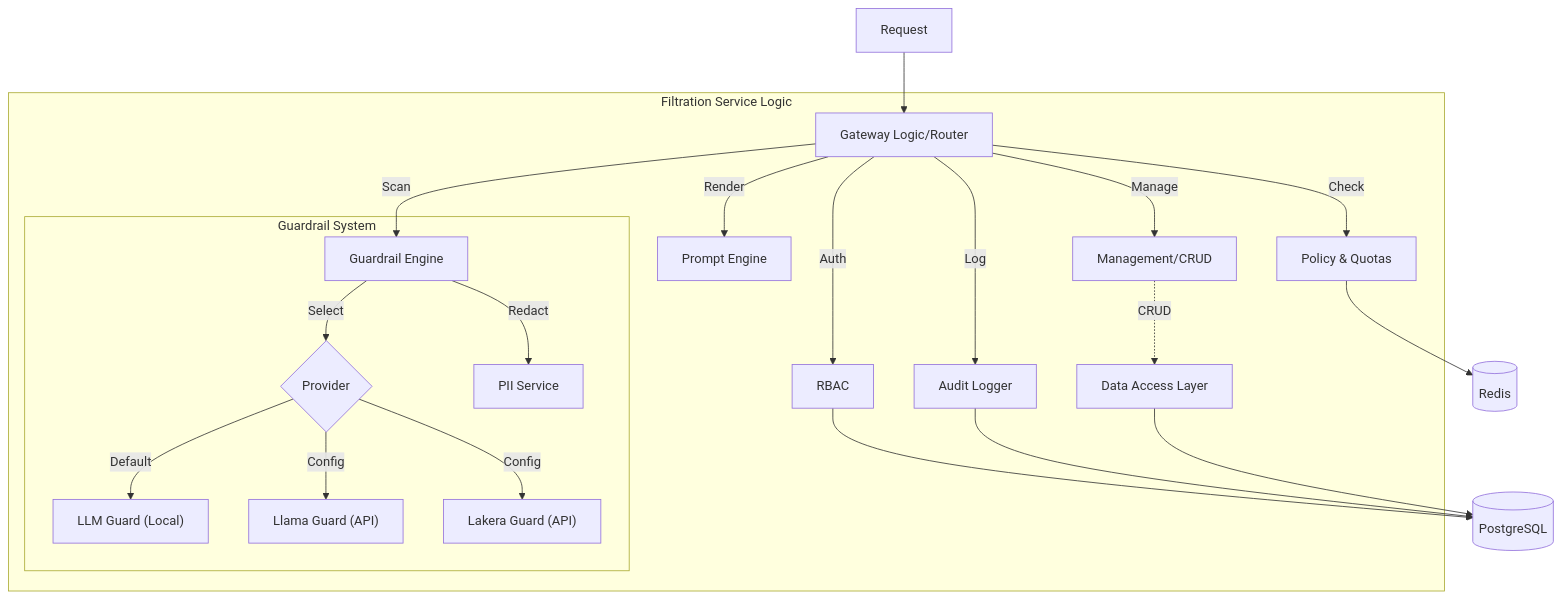
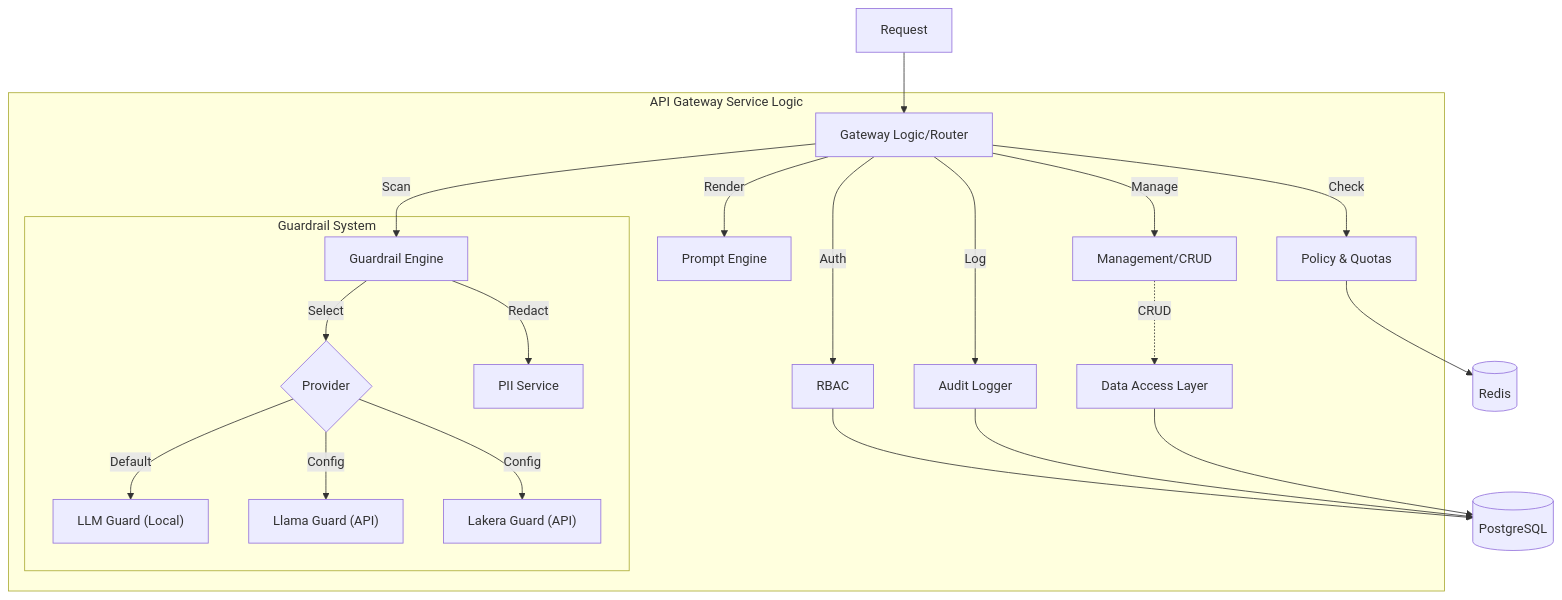
Before and after one commit to InferiaAI/InferiaLLM: the diagram in package/src/inferia/services/api_gateway/README.md, drawn with Mermaid. The commit also changed other lines of this file and 7 other files, not shown here.

````diff
--- a/package/src/inferia/services/api_gateway/README.md
+++ b/package/src/inferia/services/api_gateway/README.md
@@ -9,37 +9,37 @@
 ```mermaid
 graph TD
     Request --> Gateway
     
-    subgraph "Filtration Service Logic"
+    subgraph "API Gateway Service Logic"
         Gateway[Gateway Logic/Router]
         
         %% Core Security
         Gateway -->|Auth| RBAC[RBAC]
         Gateway -->|Check| Policy[Policy & Quotas]
         Gateway -->|Scan| Engine[Guardrail Engine]
         Gateway -->|Render| Prompt[Prompt Engine]
         Gateway -->|Manage| Mgmt[Management/CRUD]
         
         %% Logging
         Gateway -->|Log| Audit[Audit Logger]
         
         %% Data Access Layer
         Mgmt -.->|CRUD| Data[Data Access Layer]
         
         %% Sub-systems
         subgraph "Guardrail System"
             Engine -->|Select| Prv{Provider}
             Prv -->|Default| LLM["LLM Guard (Local)"]
             Prv -->|Config| Llama["Llama Guard (API)"]
             Prv -->|Config| Lakera["Lakera Guard (API)"]
             
             Engine -->|Redact| PII[PII Service]
         end
     end
     
     %% Persistence
     RBAC --> DB[(PostgreSQL)]
     Policy --> Redis[(Redis)]
     Audit --> DB
     Data --> DB
 ```
````
